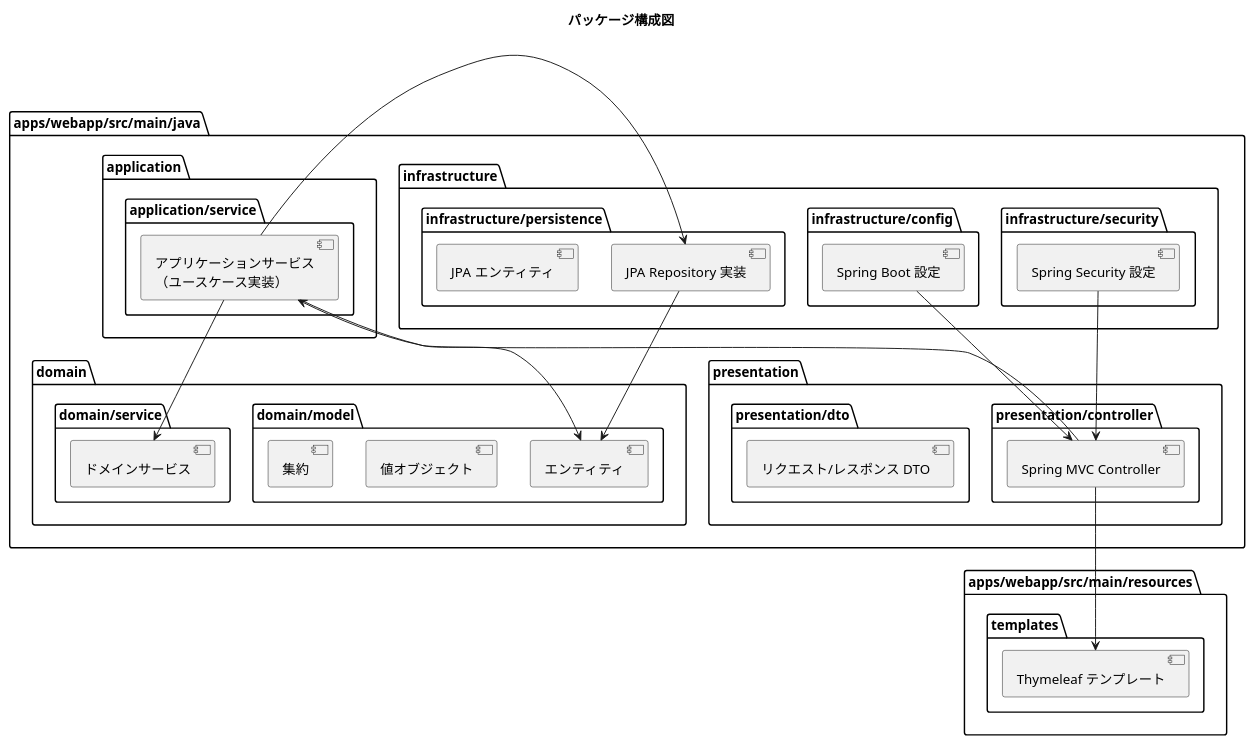
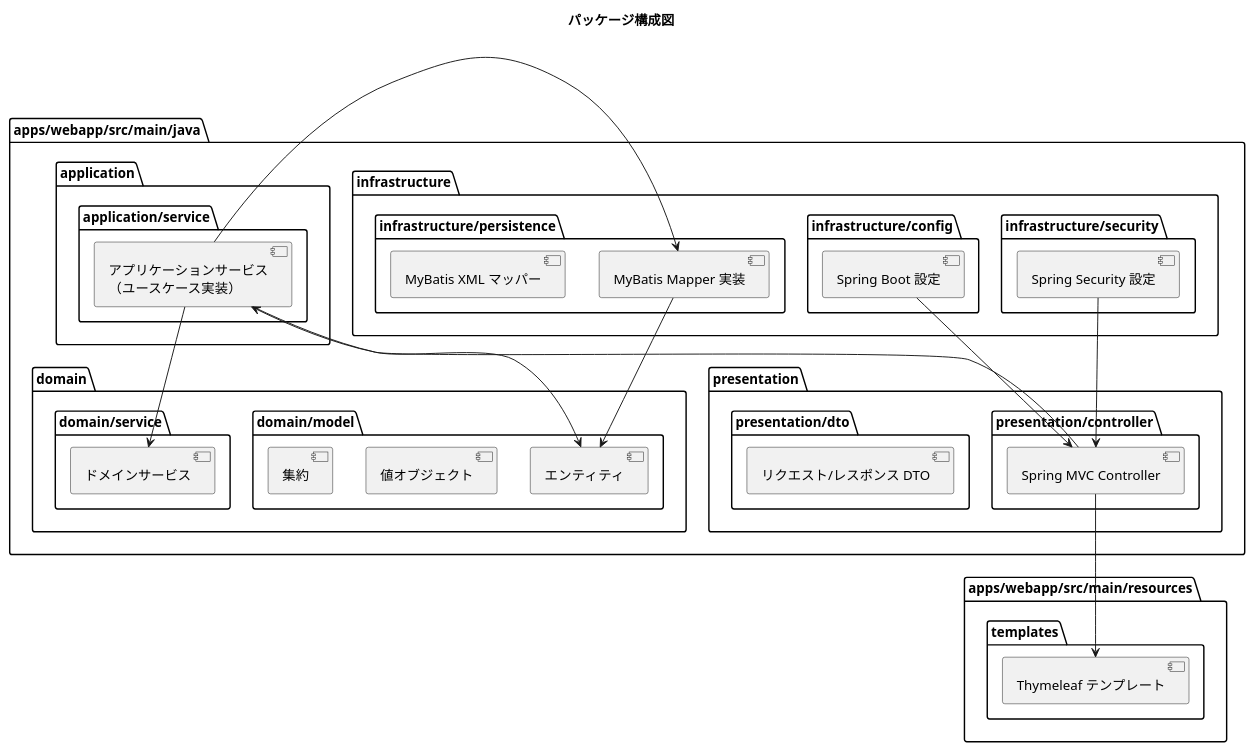
The second of 3 diagrams in docs/design/architecture_design.md (k2works/case-study-bouquet), drawn with PlantUML before and after one commit. The commit also changed other lines of this file and 158 other files, not shown here.

````diff
--- a/docs/design/architecture_design.md
+++ b/docs/design/architecture_design.md
@@ -116,63 +116,63 @@
 ```plantuml
 @startuml
 title パッケージ構成図
 
 package "apps/webapp/src/main/java" {
 
   package "presentation" {
     package "presentation/controller" {
       [Spring MVC Controller] as controllers
     }
     package "presentation/dto" {
       [リクエスト/レスポンス DTO] as dtos
     }
   }
 
   package "application" {
     package "application/service" {
       [アプリケーションサービス\n（ユースケース実装）] as app_services
     }
   }
 
   package "infrastructure" {
     package "infrastructure/persistence" {
-      [JPA Repository 実装] as jpa_repos
-      [JPA エンティティ] as jpa_entities
+      [MyBatis Mapper 実装] as mybatis_mappers
+      [MyBatis XML マッパー] as mybatis_xmls
     }
     package "infrastructure/config" {
       [Spring Boot 設定] as boot_config
     }
     package "infrastructure/security" {
       [Spring Security 設定] as sec_config
     }
   }
 
   package "domain" {
     package "domain/model" {
       [エンティティ] as entities
       [値オブジェクト] as value_objects
       [集約] as aggregates
     }
     package "domain/service" {
       [ドメインサービス] as domain_services
     }
   }
 }
 
 package "apps/webapp/src/main/resources" {
   package "templates" {
     [Thymeleaf テンプレート] as template
   }
 }
 
 controllers --> app_services
-app_services --> jpa_repos
+app_services --> mybatis_mappers
 app_services --> entities
 app_services --> domain_services
-jpa_repos --> entities
+mybatis_mappers --> entities
 boot_config --> controllers
 sec_config --> controllers
 controllers --> template
 
 @enduml
 ```
````
